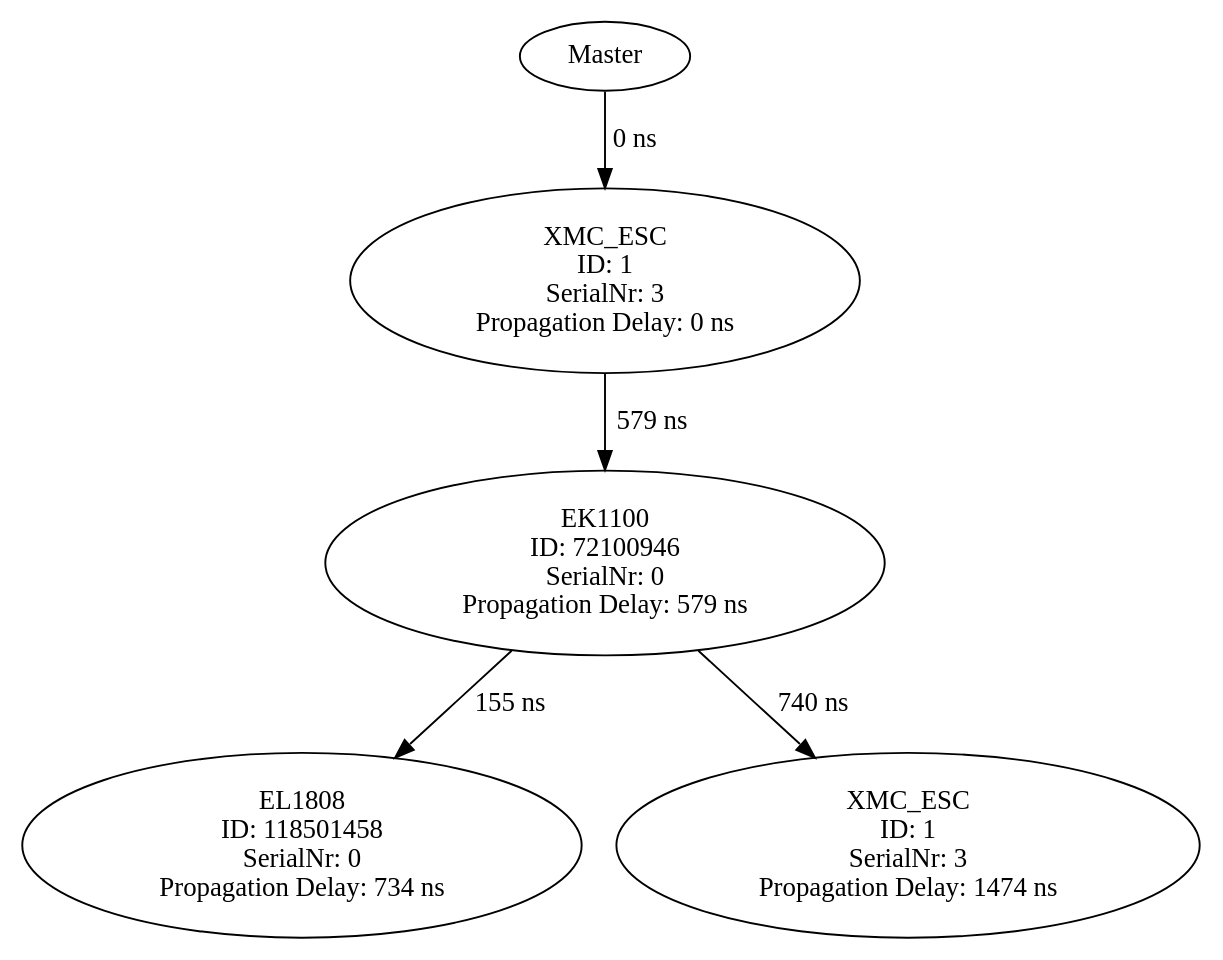
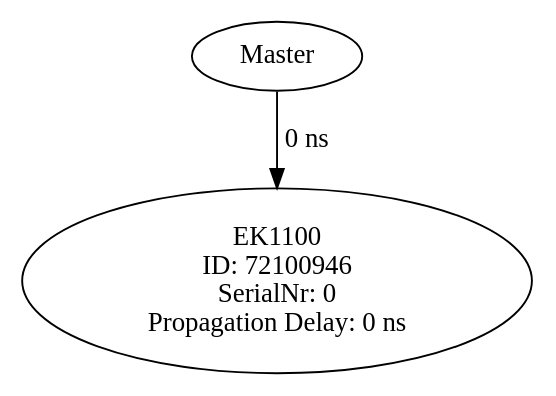
Before and after one commit to Robin-Geissler/SOEM-TopologyMonitoring: the diagram in vizFiles/graphViz.gv, drawn with Graphviz. The commit also changed 3 other files, not shown here.

```diff
--- a/vizFiles/graphViz.gv
+++ b/vizFiles/graphViz.gv
@@ -1,12 +1,6 @@
 digraph G {
 
 node_0 [label="Master"]
-node_1 [label="XMC_ESC\nID: 1\nSerialNr: 3\nPropagation Delay: 0 ns"];
+node_1 [label="EK1100\nID: 72100946\nSerialNr: 0\nPropagation Delay: 0 ns"];
 node_0 -> node_1 [label ="0 ns"];
-node_2 [label="EK1100\nID: 72100946\nSerialNr: 0\nPropagation Delay: 579 ns"];
-node_1 -> node_2 [label ="579 ns"];
-node_3 [label="EL1808\nID: 118501458\nSerialNr: 0\nPropagation Delay: 734 ns"];
-node_2 -> node_3 [label ="155 ns"];
-node_4 [label="XMC_ESC\nID: 1\nSerialNr: 3\nPropagation Delay: 1474 ns"];
-node_2 -> node_4 [label ="740 ns"];
 }
```
